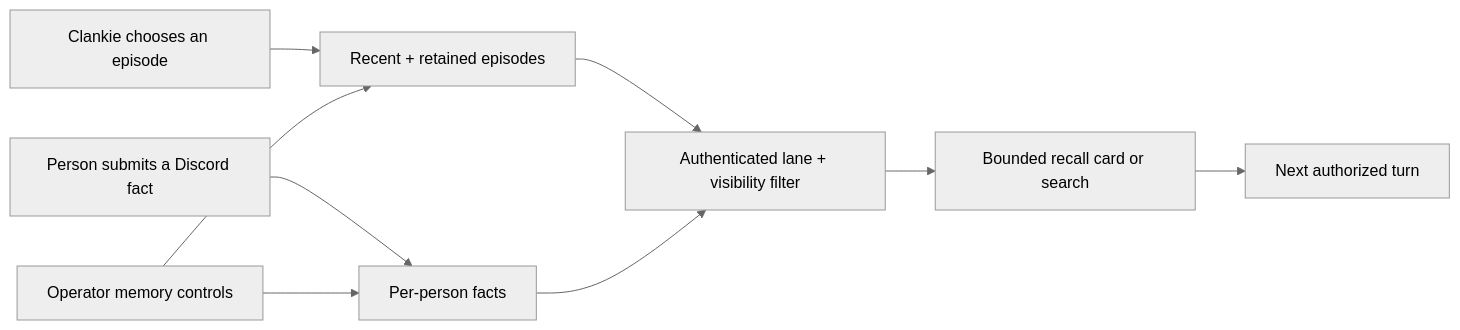
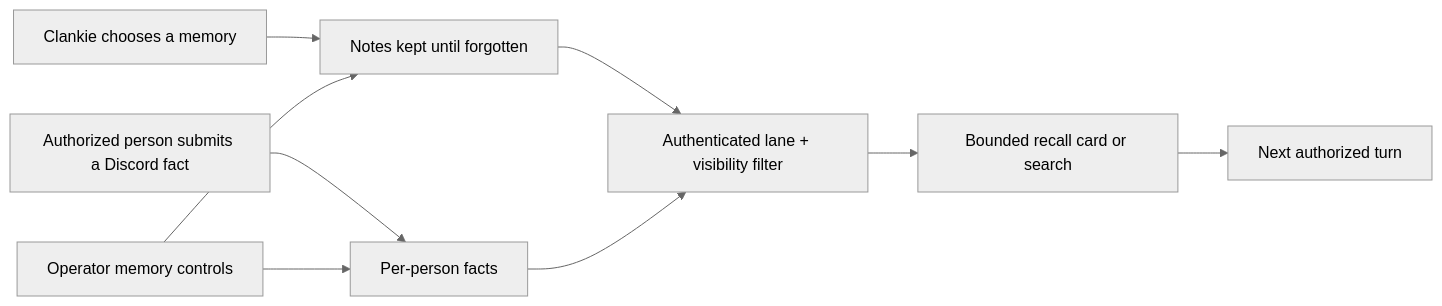
The diagram in docs/memory.md (Volpestyle/clankie), drawn with Mermaid (neutral theme) before and after one commit. The commit also changed other lines of this file and 39 other files, not shown here.

Commit message:
Replace episode tools with one memory tool

````diff
--- a/docs/memory.md
+++ b/docs/memory.md
@@ -19,11 +19,11 @@
 ```mermaid
 flowchart LR
-  Agent["Clankie chooses an episode"] --> Episodes["Recent + retained episodes"]
-  Person["Person submits a Discord fact"] --> Facts["Per-person facts"]
-  Episodes --> Filter["Authenticated lane + visibility filter"]
+  Agent["Clankie chooses a memory"] --> Notes["Notes kept until forgotten"]
+  Person["Authorized person submits a Discord fact"] --> Facts["Per-person facts"]
+  Notes --> Filter["Authenticated lane + visibility filter"]
   Facts --> Filter
   Filter --> Recall["Bounded recall card or search"]
   Recall --> Turn["Next authorized turn"]
-  Operator["Operator memory controls"] --> Episodes
+  Operator["Operator memory controls"] --> Notes
   Operator --> Facts
 ```
````
